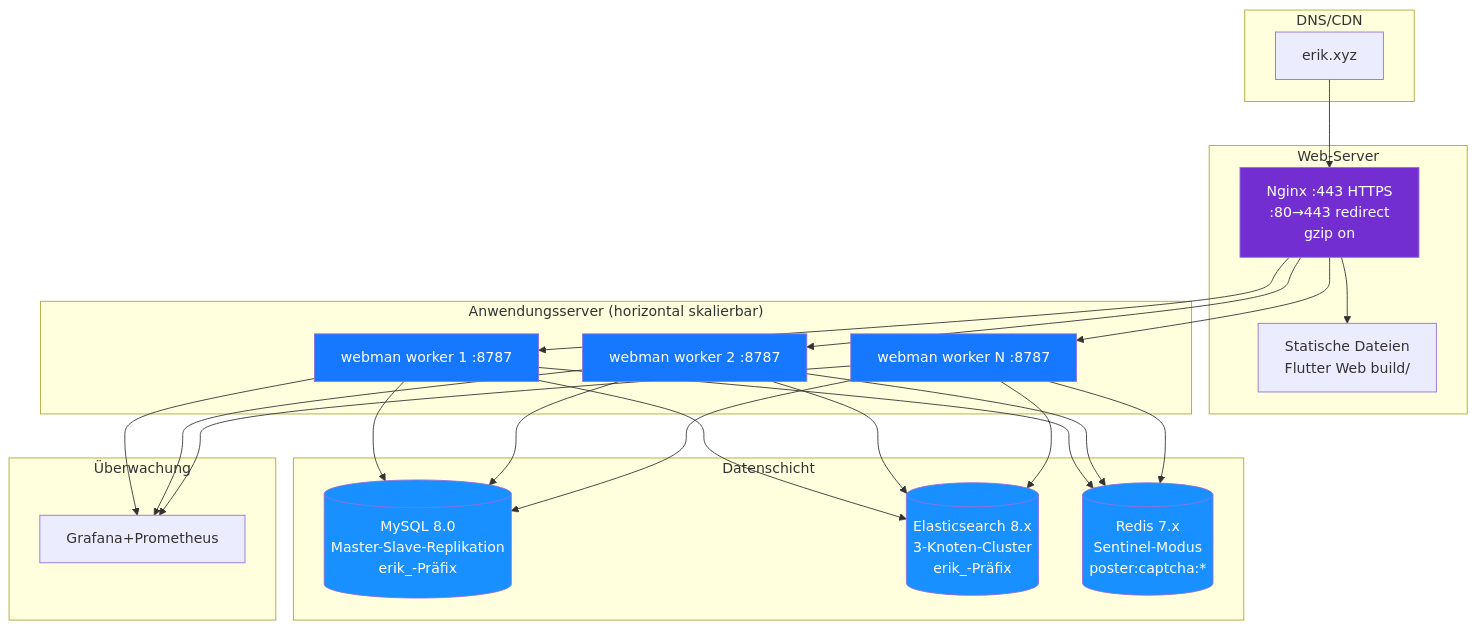
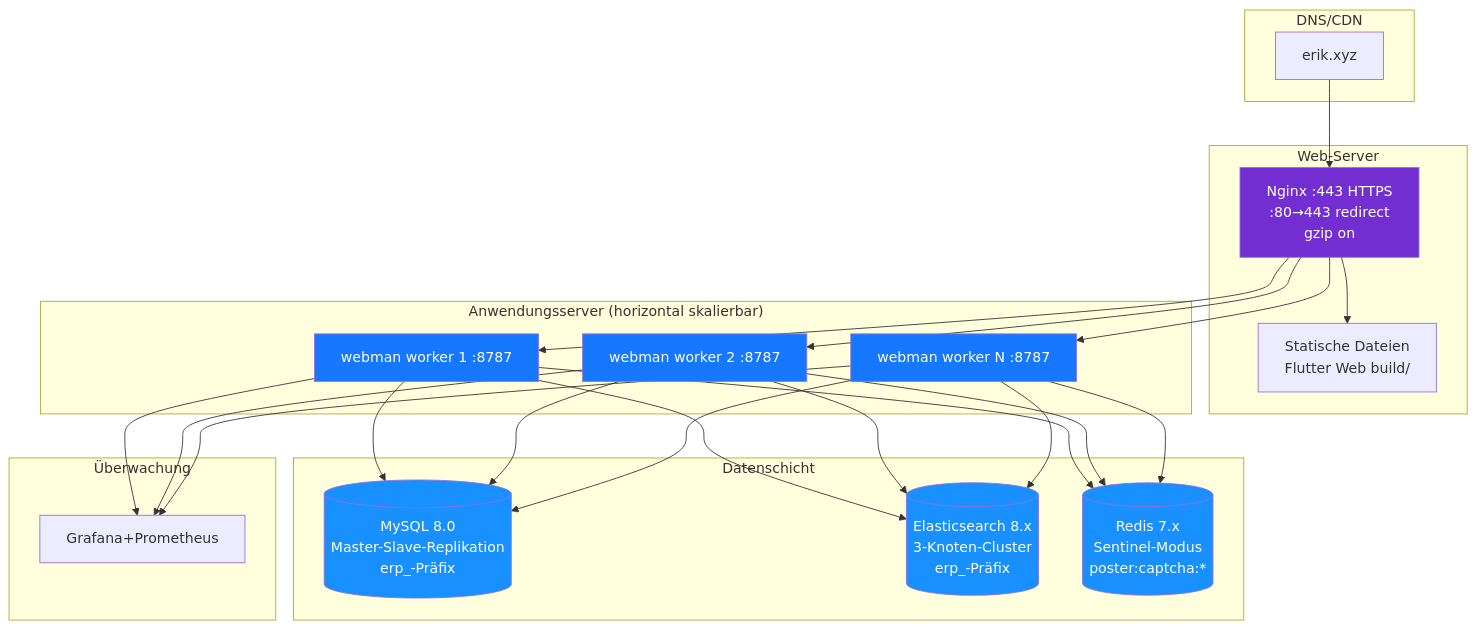
Before and after one commit to erikwang2013/erp-php: the diagram in docs/i18n/de/diagrams/12-deployment.md, drawn with Mermaid. The commit also changed 449 other files, not shown here.

First line of the commit message:
全局命名统一：数据库 erp、表前缀 erp_、Redis 前缀 erp:（原 erik_/open_admin）

````diff
--- a/docs/i18n/de/diagrams/12-deployment.md
+++ b/docs/i18n/de/diagrams/12-deployment.md
@@ -3,45 +3,45 @@
 ```mermaid
 flowchart TB
     subgraph dns["DNS/CDN"]
         domain["erik.xyz"]
     end
 
     subgraph web["Web-Server"]
         nginx["Nginx :443 HTTPS<br/>:80→443 redirect<br/>gzip on"]
         static["Statische Dateien<br/>Flutter Web build/"]
     end
 
     subgraph app["Anwendungsserver (horizontal skalierbar)"]
         wm1["webman worker 1 :8787"]
         wm2["webman worker 2 :8787"]
         wm3["webman worker N :8787"]
     end
 
     subgraph data["Datenschicht"]
-        mysql[("MySQL 8.0<br/>Master-Slave-Replikation<br/>erik_-Präfix")]
-        es[("Elasticsearch 8.x<br/>3-Knoten-Cluster<br/>erik_-Präfix")]
+        mysql[("MySQL 8.0<br/>Master-Slave-Replikation<br/>erp_-Präfix")]
+        es[("Elasticsearch 8.x<br/>3-Knoten-Cluster<br/>erp_-Präfix")]
         redis[("Redis 7.x<br/>Sentinel-Modus<br/>poster:captcha:*")]
     end
 
     subgraph monitor["Überwachung"]
         grafana["Grafana+Prometheus"]
     end
 
     domain --> nginx
     nginx --> static
     nginx --> wm1
     nginx --> wm2
     nginx --> wm3
     wm1 & wm2 & wm3 --> mysql
     wm1 & wm2 & wm3 --> es
     wm1 & wm2 & wm3 --> redis
     wm1 & wm2 & wm3 --> grafana
 
     style nginx fill:#722ED1,color:#fff
     style wm1 fill:#1677FF,color:#fff
     style wm2 fill:#1677FF,color:#fff
     style wm3 fill:#1677FF,color:#fff
     style mysql fill:#1890FF,color:#fff
     style es fill:#1890FF,color:#fff
     style redis fill:#1890FF,color:#fff
 ```
````
